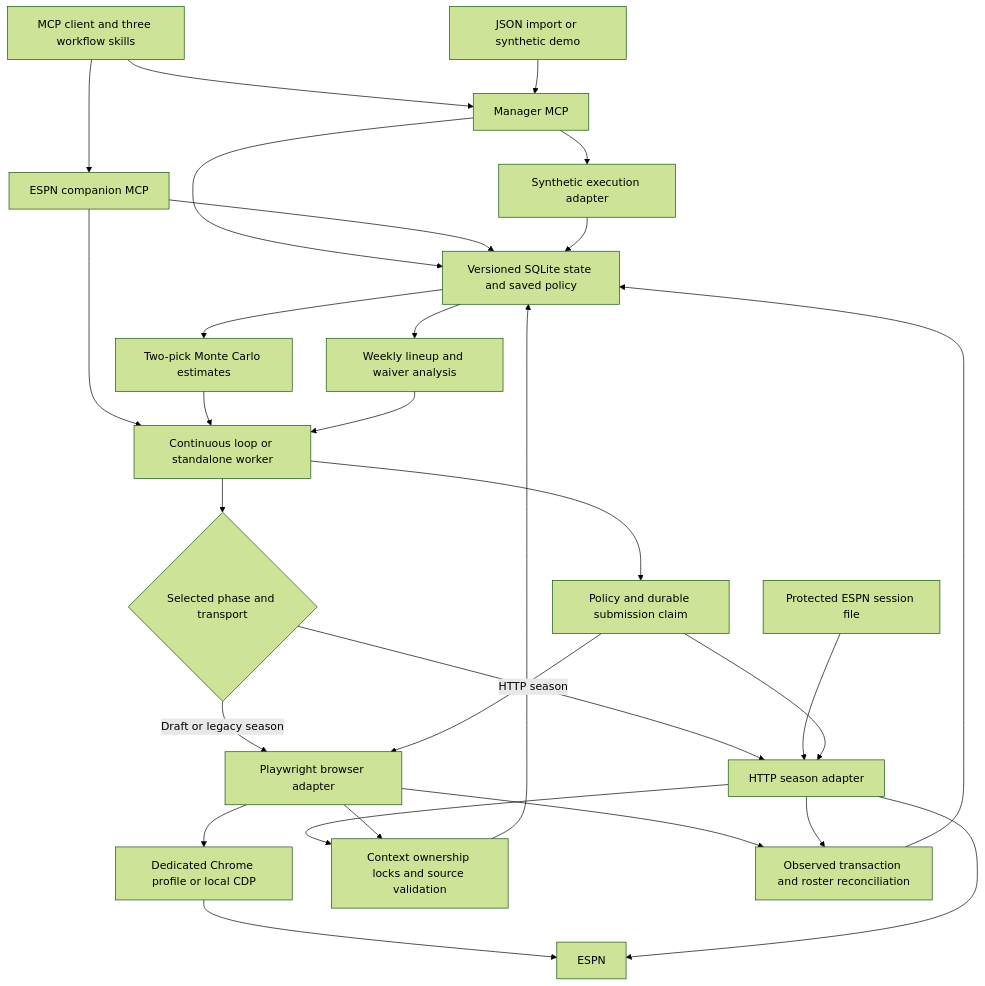
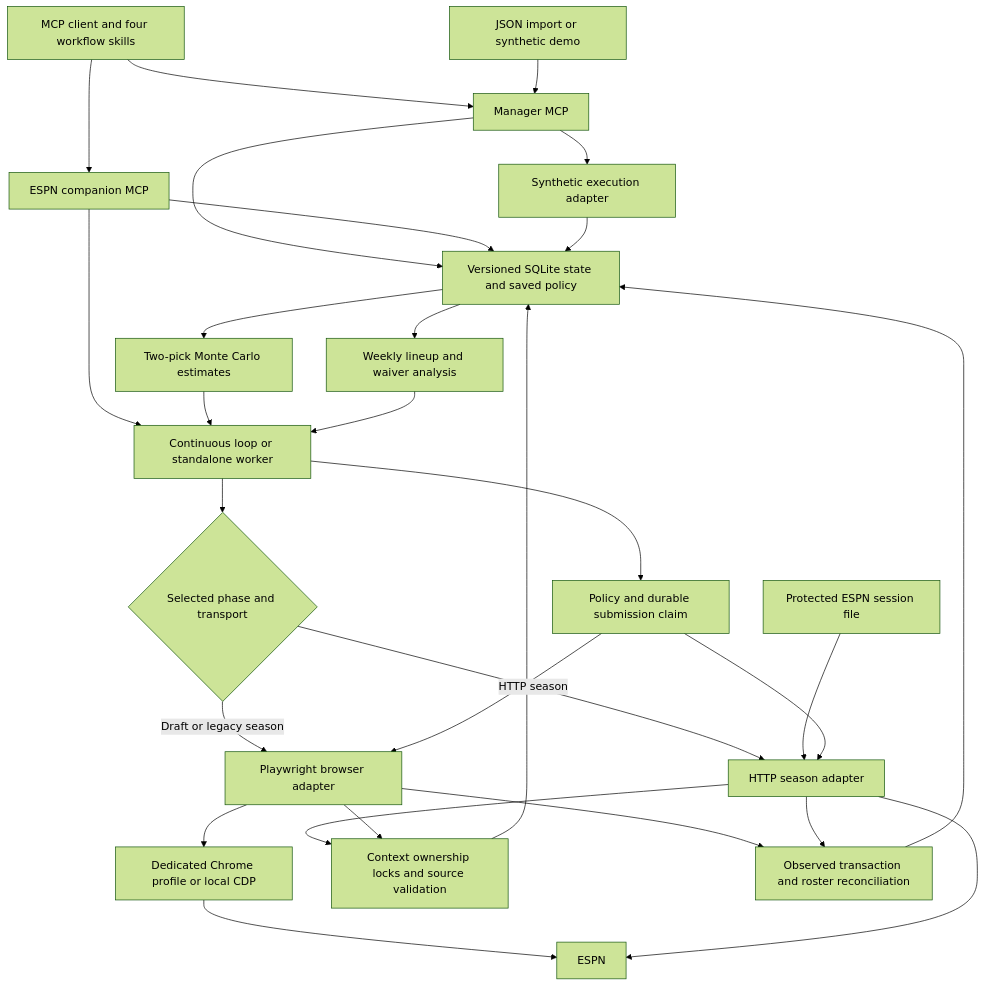
Before and after one commit to krmisystems/fantasy-football-manager: the first of 4 diagrams in docs/ARCHITECTURE.md, drawn with Mermaid (forest theme). The commit also changed other lines of this file and 49 other files, not shown here.

````diff
--- a/docs/ARCHITECTURE.md
+++ b/docs/ARCHITECTURE.md
@@ -11,31 +15,31 @@
 ```mermaid
 flowchart TD
-    Client[MCP client and three workflow skills] --> Manager[Manager MCP]
+    Client[MCP client and four workflow skills] --> Manager[Manager MCP]
     Client --> ESPN[ESPN companion MCP]
     Import[JSON import or synthetic demo] --> Manager
     Manager --> Store[Versioned SQLite state and saved policy]
     ESPN --> Store
     ESPN --> Worker[Continuous loop or standalone worker]
     Worker --> Mode{Selected phase and transport}
     Mode -->|HTTP season| HTTP[HTTP season adapter]
     Mode -->|Draft or legacy season| Browser[Playwright browser adapter]
     Session[Protected ESPN session file] --> HTTP
     Browser --> Chrome[Dedicated Chrome profile or local CDP]
     Chrome --> Platform[ESPN]
     HTTP --> Platform
     HTTP --> Validate[Context ownership locks and source validation]
     Browser --> Validate
     Validate --> Store
     Store --> Draft[Two-pick Monte Carlo estimates]
     Store --> Season[Weekly lineup and waiver analysis]
     Draft --> Worker
     Season --> Worker
     Worker --> Claim[Policy and durable submission claim]
     Claim --> Browser
     Claim --> HTTP
     Browser --> Reconcile[Observed transaction and roster reconciliation]
     HTTP --> Reconcile
     Reconcile --> Store
     Manager --> Demo[Synthetic execution adapter]
     Demo --> Store
 ```
````
